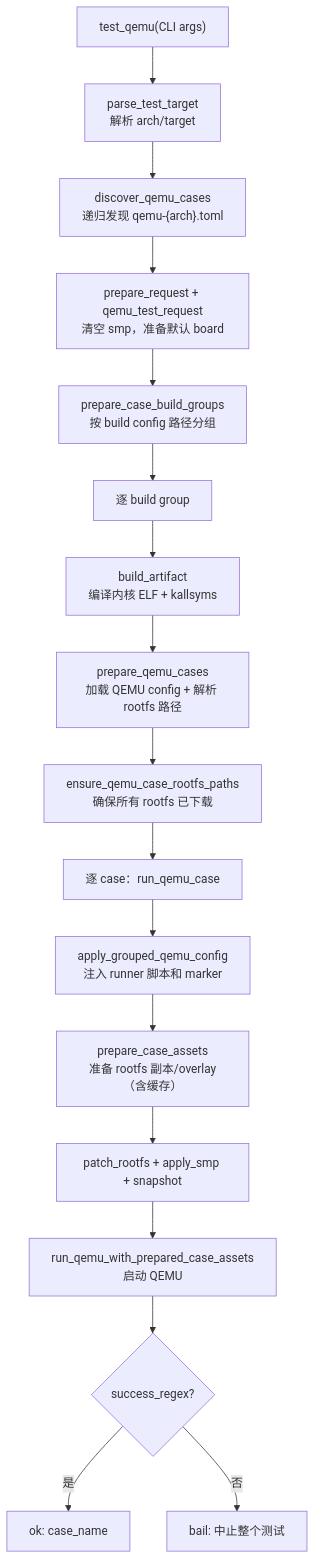
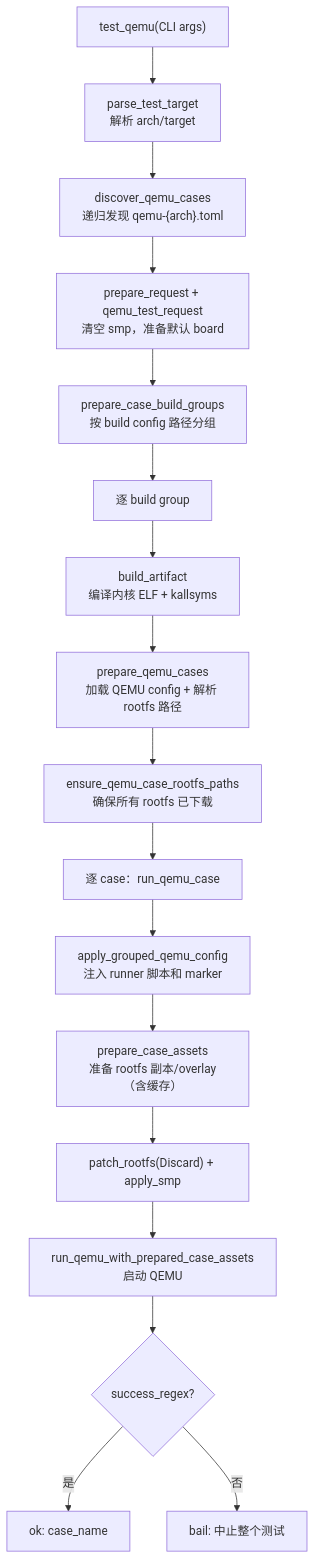
Before and after one commit to qcl-kernel/tgoskits-liangce: the diagram in 阶段性验收/02-源码快照/tgoskits/docs/docs/build/starry/test.md, drawn with Mermaid. The commit also changed other lines of this file and 1376 other files, not shown here.

````diff
--- a/阶段性验收/02-源码快照/tgoskits/docs/docs/build/starry/test.md
+++ b/阶段性验收/02-源码快照/tgoskits/docs/docs/build/starry/test.md
@@ -49,19 +51,19 @@
 ```mermaid
 flowchart TD
     A["test_qemu(CLI args)"] --> B["parse_test_target<br/>解析 arch/target"]
     B --> C["discover_qemu_cases<br/>递归发现 qemu-{arch}.toml"]
     C --> D["prepare_request + qemu_test_request<br/>清空 smp，准备默认 board"]
     D --> E["prepare_case_build_groups<br/>按 build config 路径分组"]
     E --> F["逐 build group"]
     F --> G["build_artifact<br/>编译内核 ELF + kallsyms"]
     G --> H["prepare_qemu_cases<br/>加载 QEMU config + 解析 rootfs 路径"]
     H --> I["ensure_qemu_case_rootfs_paths<br/>确保所有 rootfs 已下载"]
     I --> J["逐 case：run_qemu_case"]
     J --> K["apply_grouped_qemu_config<br/>注入 runner 脚本和 marker"]
     K --> L["prepare_case_assets<br/>准备 rootfs 副本/overlay（含缓存）"]
-    L --> M["patch_rootfs + apply_smp + snapshot"]
+    L --> M["patch_rootfs(Discard) + apply_smp"]
     M --> N["run_qemu_with_prepared_case_assets<br/>启动 QEMU"]
     N --> O{"success_regex?"}
     O -->|是| P["ok: case_name"]
     O -->|否| Q["bail: 中止整个测试"]
 ```
````
